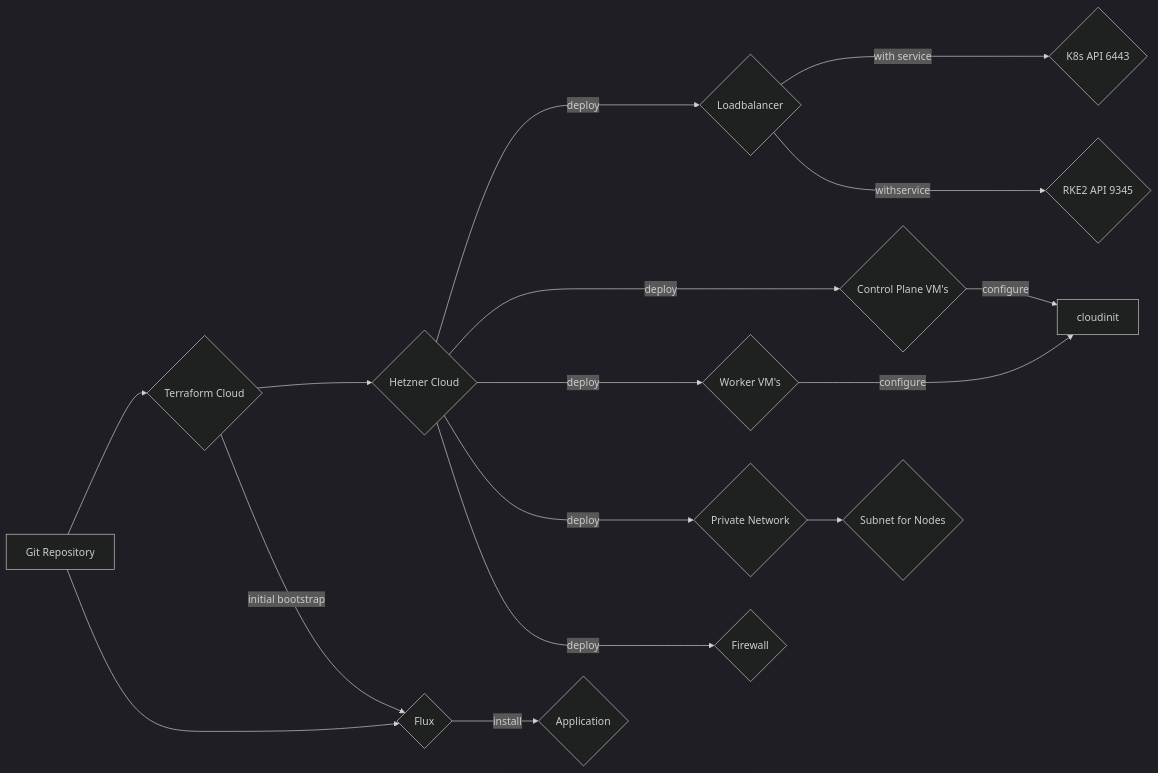
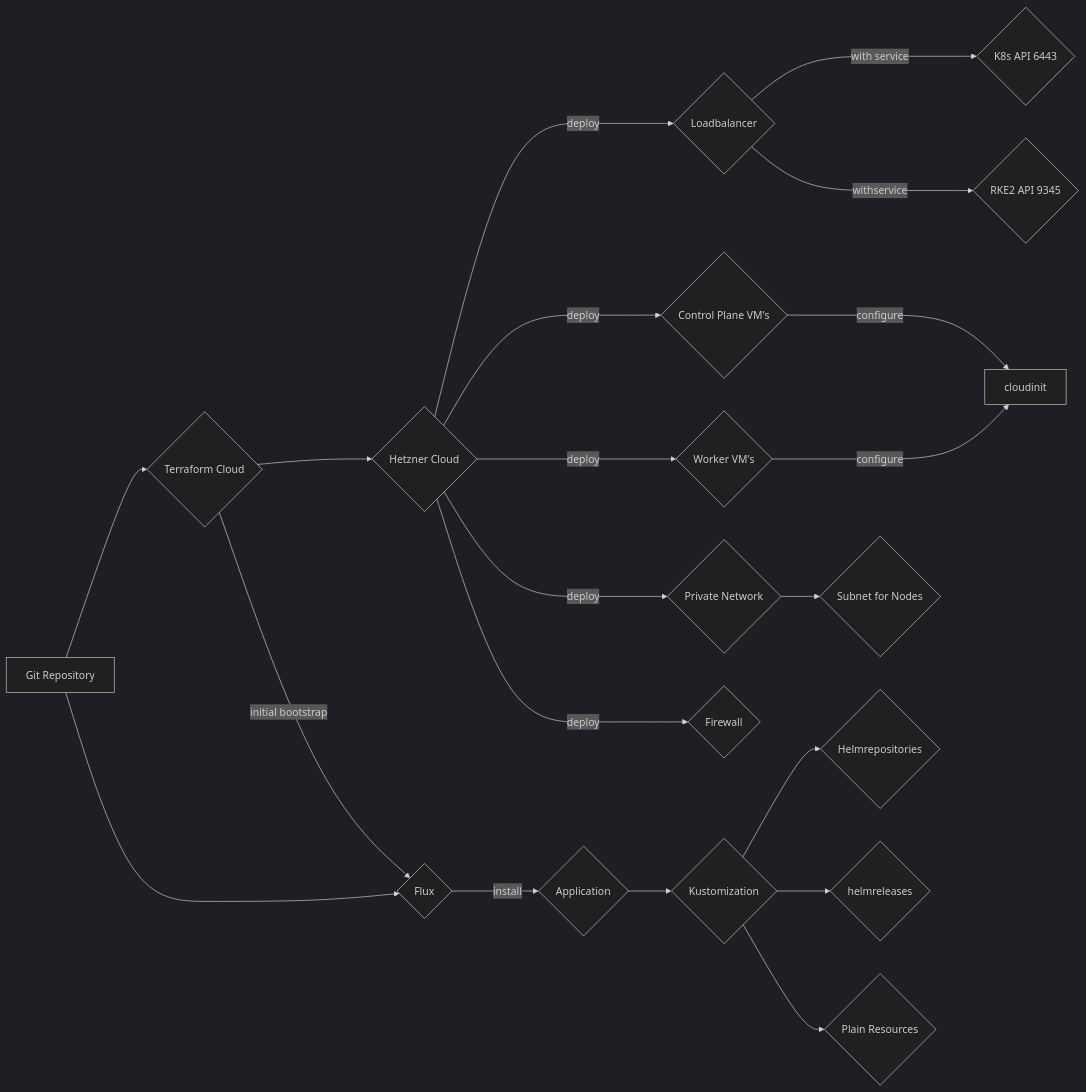
One commit to acend/infrastructure changed the diagram in README.md. Above: the diagram before and after it, drawn with Mermaid (dark theme). The commit also changed other lines of this file and 2 other files, not shown here.

Commit message:
Configure rbac-manager

````diff
--- a/README.md
+++ b/README.md
@@ -22,25 +22,31 @@
 ```mermaid
 flowchart LR
     A[Git Repository]
     A --> B{Terraform Cloud}
 
     B --> C{Hetzner Cloud}
 
     C -- deploy ---> C1{Loadbalancer}
     C1 -- with service ---> C11{K8s API 6443}
     C1 -- withservice ---> C12{RKE2 API 9345}
     C -- deploy ---> C2{Control Plane VM's}
     C -- deploy ---> C3{Worker VM's}
     C -- deploy ---> C4{Private Network}
     C4 --> C41{Subnet for Nodes}
     C -- deploy ---> C5{Firewall}
-    C2 -- configure --> cloudinit
+    C2 -- configure ---> cloudinit
     C3 -- configure ---> cloudinit
     
     B-- initial bootstrap -->D
 
     A --> D{Flux}
 
     D -- install -->D1{Application}
 
+    D1 --> D1K{Kustomization}
+
+    D1K --> D1HREPO{Helmrepositories}
+    D1K --> D1HRELEASE{helmreleases}
+    D1K --> PLAIN{Plain Resources}
+
 ```
````
